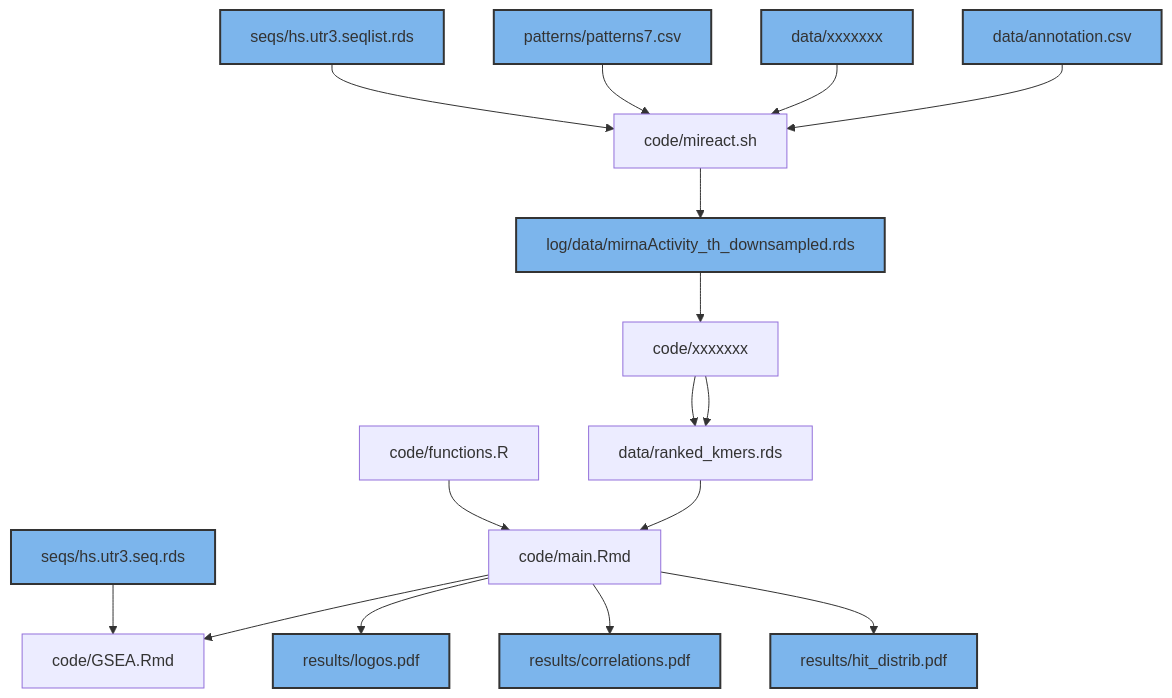
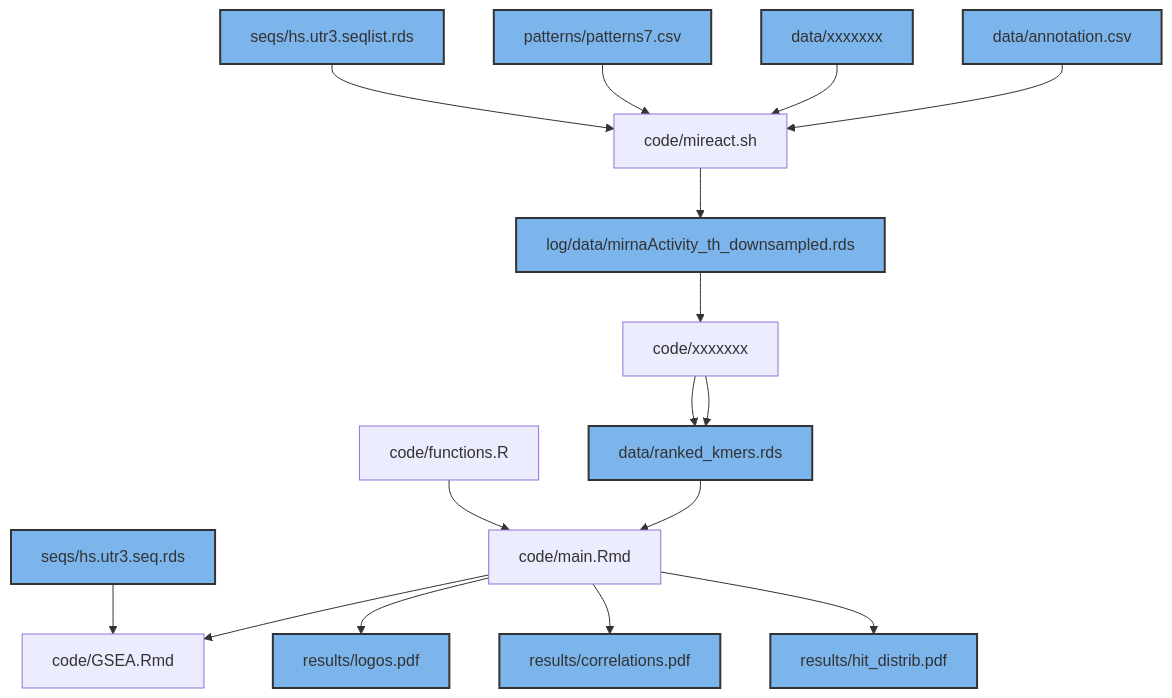
One commit to PaulaRodrigoMartin/SMLB changed the diagram in README.md. Above: the diagram before and after it, drawn with Mermaid.

````diff
--- a/README.md
+++ b/README.md
@@ -1,46 +1,47 @@
 ```mermaid
 graph TD;
     seqlist[seqs/hs.utr3.seqlist.rds]
     seqs[seqs/hs.utr3.seq.rds]
     mireact_input[data/xxxxxxx]
     miReact_output[log/data/mirnaActivity_th_downsampled.rds]
     7mers[patterns/patterns7.csv]
     annotation[data/annotation.csv]
     miReact[code/mireact.sh]
     rank[code/xxxxxxx]
     functions[code/functions.R]
     main_notebook[code/main.Rmd]
     GSEA[code/GSEA.Rmd]
     logos[results/logos.pdf]
     corrm[results/correlations.pdf]
     distrib[results/hit_distrib.pdf]
     ranked_seqs[data/ranked_kmers.rds]
     
 
     style seqlist fill:#7cb5ec,stroke:#333,stroke-width:2px;
     style miReact_output fill:#7cb5ec,stroke:#333,stroke-width:2px;
     style 7mers fill:#7cb5ec,stroke:#333,stroke-width:2px;
     style mireact_input fill:#7cb5ec,stroke:#333,stroke-width:2px;
     style seqs fill:#7cb5ec,stroke:#333,stroke-width:2px;
     style annotation fill:#7cb5ec,stroke:#333,stroke-width:2px;
     style logos fill:#7cb5ec,stroke:#333,stroke-width:2px;
     style corrm fill:#7cb5ec,stroke:#333,stroke-width:2px;
     style distrib fill:#7cb5ec,stroke:#333,stroke-width:2px;
+    style ranked_seqs fill:#7cb5ec,stroke:#333,stroke-width:2px;
 
     seqlist-->miReact
     7mers-->miReact
     mireact_input-->miReact
     annotation-->miReact
     miReact-->miReact_output
     functions-->main_notebook
     main_notebook-->GSEA
     main_notebook-->logos
     main_notebook-->corrm
     main_notebook-->distrib
     seqs-->GSEA
     rank--> ranked_seqs
     miReact_output-->rank
     rank-->ranked_seqs
     ranked_seqs-->main_notebook
 
 ```
````
